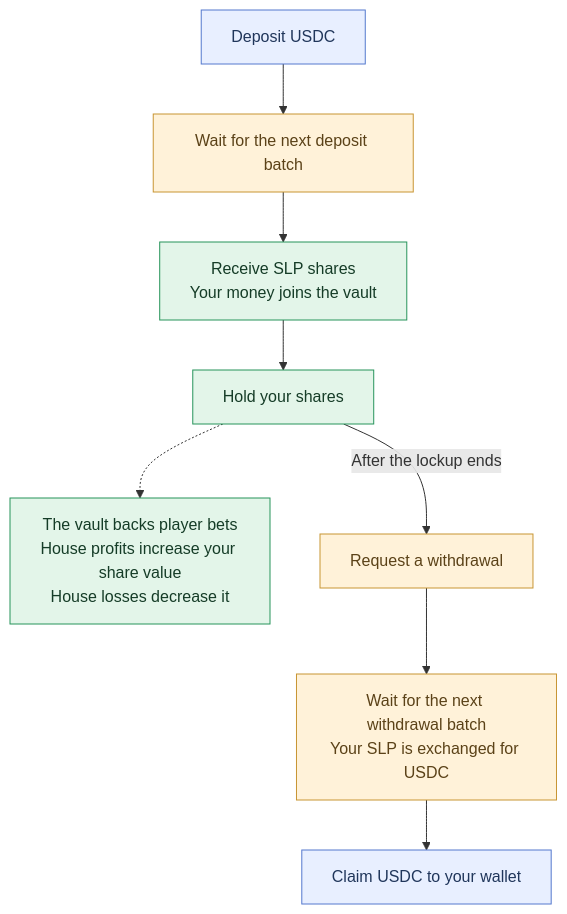
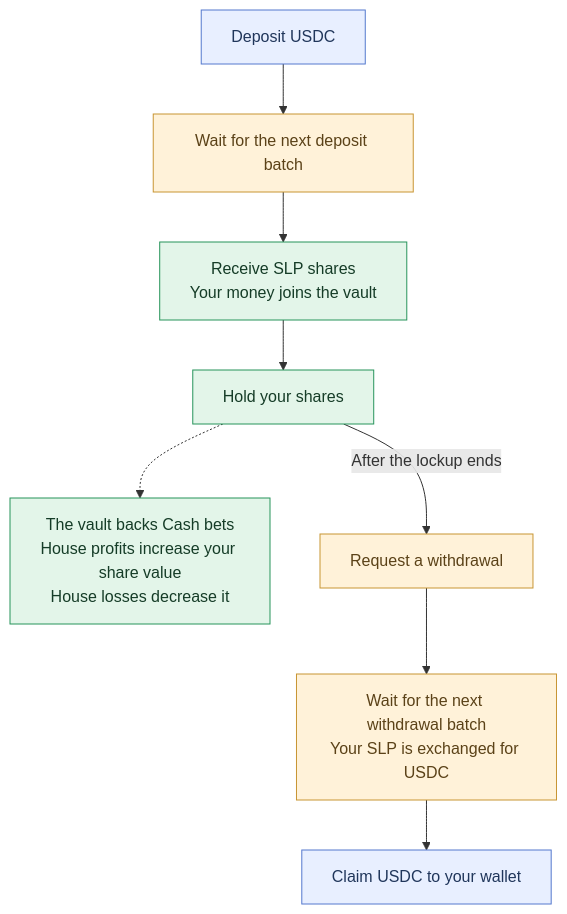
One commit to scatter-io/mintlify-docs changed the diagram in protocol/scatter-bankroll-vault.mdx. Above: the diagram before and after it, drawn with Mermaid. The commit also changed other lines of this file and 3 other files, not shown here.

Commit message:
docs: distinguish Cash vault backing from SHFL treasury

````diff
--- a/protocol/scatter-bankroll-vault.mdx
+++ b/protocol/scatter-bankroll-vault.mdx
@@ -63,19 +63,19 @@
 ```mermaid
 flowchart TD
     A["Deposit USDC"] --> B["Wait for the next deposit batch"]
     B --> C["Receive SLP shares<br/>Your money joins the vault"]
     C --> D["Hold your shares"]
 
-    D -.-> E["The vault backs player bets<br/>House profits increase your share value<br/>House losses decrease it"]
+    D -.-> E["The vault backs Cash bets<br/>House profits increase your share value<br/>House losses decrease it"]
 
     D -->|"After the lockup ends"| F["Request a withdrawal"]
     F --> G["Wait for the next withdrawal batch<br/>Your SLP is exchanged for USDC"]
     G --> H["Claim USDC to your wallet"]
 
     classDef funds fill:#e8efff,stroke:#5479ce,color:#20365b
     classDef shares fill:#e3f5e9,stroke:#27945b,color:#153c27
     classDef waiting fill:#fff2d9,stroke:#c89533,color:#5b4218
     class A,H funds
     class C,D,E shares
     class B,F,G waiting
 ```
````
